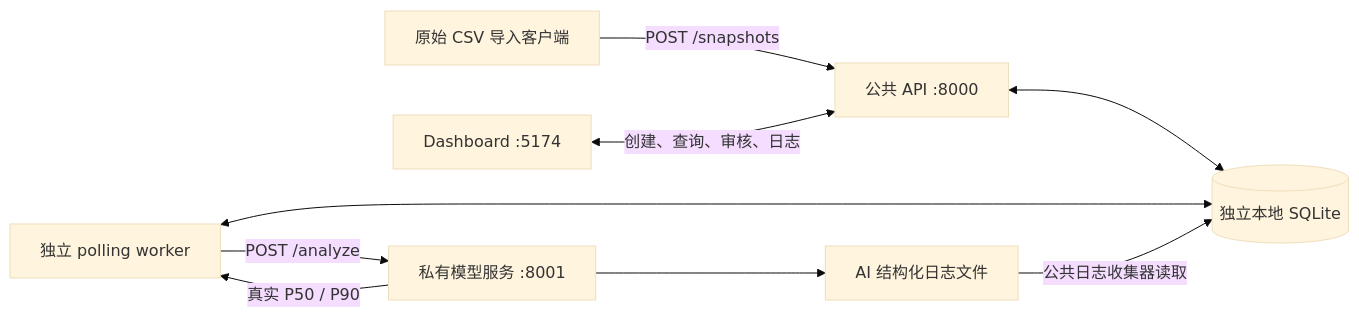
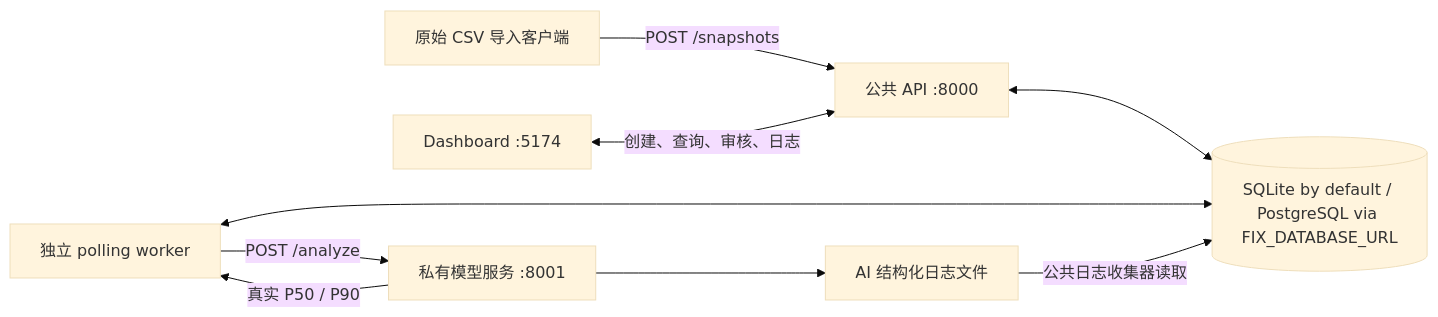
The diagram in docs/local-integration-zh.md (ShawnZhang0318/FIX_dashboard), drawn with Mermaid (base theme) before and after one commit. The commit also changed other lines of this file and 12 other files, not shown here.

Commit message:
PostgreSQL Scheme, backward compatibility and docs are completed. Pending: postgreSQL validation, data migration and deployment configurations

````diff
--- a/docs/local-integration-zh.md
+++ b/docs/local-integration-zh.md
@@ -9,11 +9,11 @@
 ```mermaid
 flowchart LR
   CSV[原始 CSV 导入客户端] -->|POST /snapshots| API[公共 API :8000]
   UI[Dashboard :5174] <-->|创建、查询、审核、日志| API
-  API <--> DB[(独立本地 SQLite)]
+  API <--> DB[(SQLite by default / PostgreSQL via FIX_DATABASE_URL)]
   W[独立 polling worker] <--> DB
   W -->|POST /analyze| AI[私有模型服务 :8001]
   AI -->|真实 P50 / P90| W
   AI --> L[AI 结构化日志文件]
   L -->|公共日志收集器读取| DB
 ```
````
